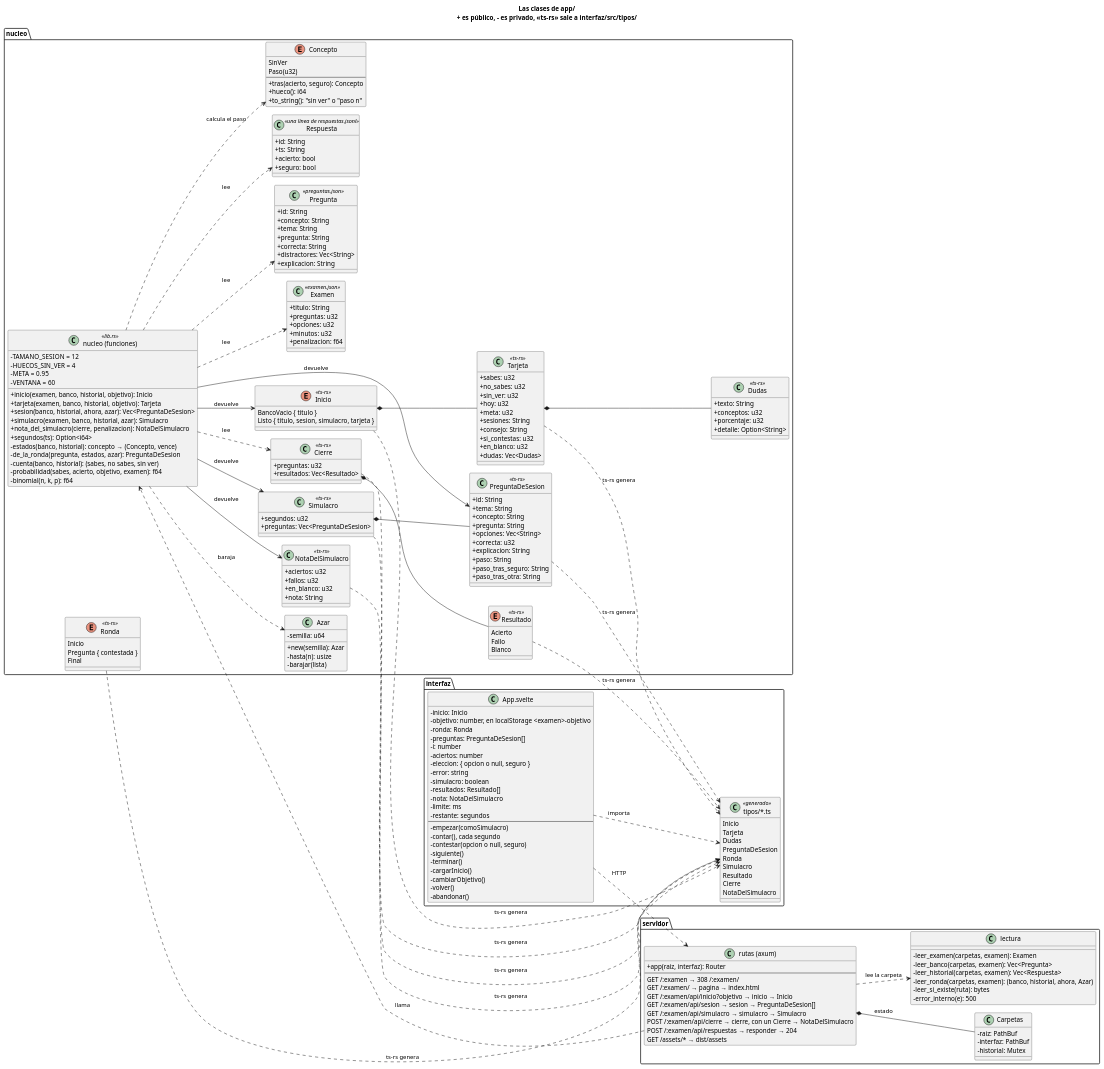
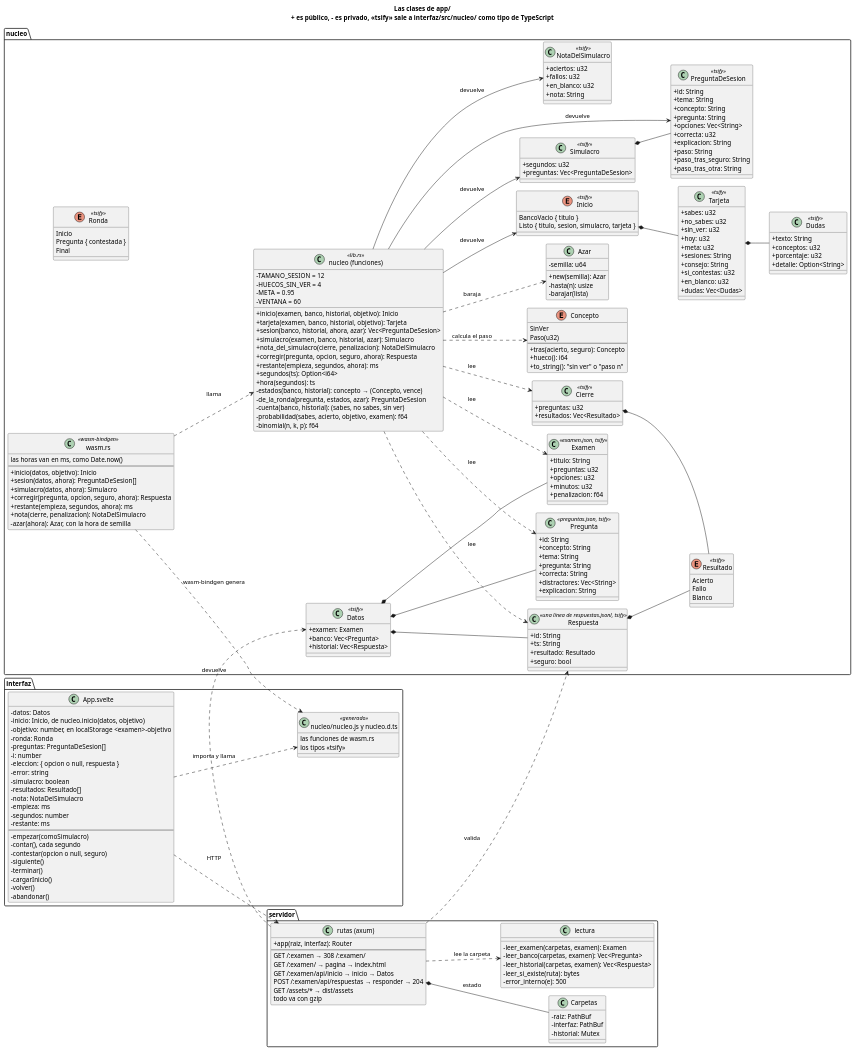
Before and after one commit to jfdg01/examenes: the first of 4 diagrams in docs/el-diagrama.puml, drawn with PlantUML. The commit also changed other lines of this file, not shown here.

Commit message:
docs: el diagrama lleva nucleo en WASM
El diagrama lleva Datos, wasm.rs y el módulo generado. La sesión y el
simulacro llaman a nucleo desde App.svelte, y el servidor solo da los
datos y guarda las respuestas.

Claude-Session: https://claude.ai/code/session_01H2CpDhbgy9yBNFceBy5SeG

```diff
--- a/docs/el-diagrama.puml
+++ b/docs/el-diagrama.puml
@@ -7,18 +7,18 @@
 !pragma layout smetana
 skinparam classAttributeIconSize 0
 skinparam shadowing false
-title Las clases de app/\n+ es público, - es privado, <<ts-rs>> sale a interfaz/src/tipos/
+title Las clases de app/\n+ es público, - es privado, <<tsify>> sale a interfaz/src/nucleo/ como tipo de TypeScript
 left to right direction
 
 package nucleo {
-  class Examen <<examen.json>> {
+  class Examen <<examen.json, tsify>> {
     +titulo: String
     +preguntas: u32
     +opciones: u32
     +minutos: u32
     +penalizacion: f64
   }
-  class Pregunta <<preguntas.json>> {
+  class Pregunta <<preguntas.json, tsify>> {
     +id: String
     +concepto: String
     +tema: String
@@ -27,11 +27,16 @@
     +distractores: Vec<String>
     +explicacion: String
   }
-  class Respuesta <<una línea de respuestas.jsonl>> {
+  class Respuesta <<una línea de respuestas.jsonl, tsify>> {
     +id: String
     +ts: String
-    +acierto: bool
+    +resultado: Resultado
     +seguro: bool
+  }
+  class Datos <<tsify>> {
+    +examen: Examen
+    +banco: Vec<Pregunta>
+    +historial: Vec<Respuesta>
   }
   enum Concepto {
     SinVer
@@ -47,30 +52,30 @@
     -hasta(n): usize
     -barajar(lista)
   }
-  enum Inicio <<ts-rs>> {
+  enum Inicio <<tsify>> {
     BancoVacio { titulo }
     Listo { titulo, sesion, simulacro, tarjeta }
   }
-  class Simulacro <<ts-rs>> {
+  class Simulacro <<tsify>> {
     +segundos: u32
     +preguntas: Vec<PreguntaDeSesion>
   }
-  enum Resultado <<ts-rs>> {
+  enum Resultado <<tsify>> {
     Acierto
     Fallo
     Blanco
   }
-  class Cierre <<ts-rs>> {
+  class Cierre <<tsify>> {
     +preguntas: u32
     +resultados: Vec<Resultado>
   }
-  class NotaDelSimulacro <<ts-rs>> {
+  class NotaDelSimulacro <<tsify>> {
     +aciertos: u32
     +fallos: u32
     +en_blanco: u32
     +nota: String
   }
-  class Tarjeta <<ts-rs>> {
+  class Tarjeta <<tsify>> {
     +sabes: u32
     +no_sabes: u32
     +sin_ver: u32
@@ -82,13 +87,13 @@
     +en_blanco: u32
     +dudas: Vec<Dudas>
   }
-  class Dudas <<ts-rs>> {
+  class Dudas <<tsify>> {
     +texto: String
     +conceptos: u32
     +porcentaje: u32
     +detalle: Option<String>
   }
-  class PreguntaDeSesion <<ts-rs>> {
+  class PreguntaDeSesion <<tsify>> {
     +id: String
     +tema: String
     +concepto: String
@@ -100,7 +105,7 @@
     +paso_tras_seguro: String
     +paso_tras_otra: String
   }
-  enum Ronda <<ts-rs>> {
+  enum Ronda <<tsify>> {
     Inicio
     Pregunta { contestada }
     Final
@@ -115,12 +120,26 @@
     +sesion(banco, historial, ahora, azar): Vec<PreguntaDeSesion>
     +simulacro(examen, banco, historial, azar): Simulacro
     +nota_del_simulacro(cierre, penalizacion): NotaDelSimulacro
+    +corregir(pregunta, opcion, seguro, ahora): Respuesta
+    +restante(empieza, segundos, ahora): ms
     +segundos(ts): Option<i64>
+    +hora(segundos): ts
     -estados(banco, historial): concepto → (Concepto, vence)
     -de_la_ronda(pregunta, estados, azar): PreguntaDeSesion
     -cuenta(banco, historial): (sabes, no sabes, sin ver)
     -probabilidad(sabes, acierto, objetivo, examen): f64
     -binomial(n, k, p): f64
+  }
+  class "wasm.rs" as wasm <<wasm-bindgen>> {
+    las horas van en ms, como Date.now()
+    --
+    +inicio(datos, objetivo): Inicio
+    +sesion(datos, ahora): PreguntaDeSesion[]
+    +simulacro(datos, ahora): Simulacro
+    +corregir(pregunta, opcion, seguro, ahora): Respuesta
+    +restante(empieza, segundos, ahora): ms
+    +nota(cierre, penalizacion): NotaDelSimulacro
+    -azar(ahora): Azar, con la hora de semilla
   }
 }
 
@@ -135,18 +154,15 @@
     --
     GET /:examen → 308 /:examen/
     GET /:examen/ → pagina → index.html
-    GET /:examen/api/inicio?objetivo → inicio → Inicio
-    GET /:examen/api/sesion → sesion → PreguntaDeSesion[]
-    GET /:examen/api/simulacro → simulacro → Simulacro
-    POST /:examen/api/cierre → cierre, con un Cierre → NotaDelSimulacro
+    GET /:examen/api/inicio → inicio → Datos
     POST /:examen/api/respuestas → responder → 204
     GET /assets/* → dist/assets
+    todo va con gzip
   }
   class "lectura" as lectura {
     -leer_examen(carpetas, examen): Examen
     -leer_banco(carpetas, examen): Vec<Pregunta>
     -leer_historial(carpetas, examen): Vec<Respuesta>
-    -leer_ronda(carpetas, examen): (banco, historial, ahora, Azar)
     -leer_si_existe(ruta): bytes
     -error_interno(e): 500
   }
@@ -154,19 +170,20 @@
 
 package interfaz {
   class "App.svelte" as App {
-    -inicio: Inicio
+    -datos: Datos
+    -inicio: Inicio, de nucleo.inicio(datos, objetivo)
     -objetivo: number, en localStorage <examen>-objetivo
     -ronda: Ronda
     -preguntas: PreguntaDeSesion[]
     -i: number
-    -aciertos: number
-    -eleccion: { opcion o null, seguro }
+    -eleccion: { opcion o null, respuesta }
     -error: string
     -simulacro: boolean
     -resultados: Resultado[]
     -nota: NotaDelSimulacro
-    -limite: ms
-    -restante: segundos
+    -empieza: ms
+    -segundos: number
+    -restante: ms
     --
     -empezar(comoSimulacro)
     -contar(), cada segundo
@@ -174,20 +191,12 @@
     -siguiente()
     -terminar()
     -cargarInicio()
-    -cambiarObjetivo()
     -volver()
     -abandonar()
   }
-  class "tipos/*.ts" as tipos <<generado>> {
-    Inicio
-    Tarjeta
-    Dudas
-    PreguntaDeSesion
-    Ronda
-    Simulacro
-    Resultado
-    Cierre
-    NotaDelSimulacro
+  class "nucleo/nucleo.js y nucleo.d.ts" as generado <<generado>> {
+    las funciones de wasm.rs
+    los tipos <<tsify>>
   }
 }
 
@@ -204,18 +213,17 @@
 Simulacro *-- PreguntaDeSesion
 funciones ..> Cierre : lee
 Cierre *-- Resultado
+Respuesta *-- Resultado
+Datos *-- Examen
+Datos *-- Pregunta
+Datos *-- Respuesta
 funciones --> NotaDelSimulacro : devuelve
 rutas *-- Carpetas : estado
 rutas ..> lectura : lee la carpeta
-rutas ..> funciones : llama
-Inicio ..> tipos : ts-rs genera
-Tarjeta ..> tipos : ts-rs genera
-PreguntaDeSesion ..> tipos : ts-rs genera
-Ronda ..> tipos : ts-rs genera
-Simulacro ..> tipos : ts-rs genera
-Resultado ..> tipos : ts-rs genera
-Cierre ..> tipos : ts-rs genera
-NotaDelSimulacro ..> tipos : ts-rs genera
-App ..> tipos : importa
+rutas ..> Datos : devuelve
+rutas ..> Respuesta : valida
+wasm ..> funciones : llama
+wasm ..> generado : wasm-bindgen genera
+App ..> generado : importa y llama
 App ..> rutas : HTTP
 @enduml
```
